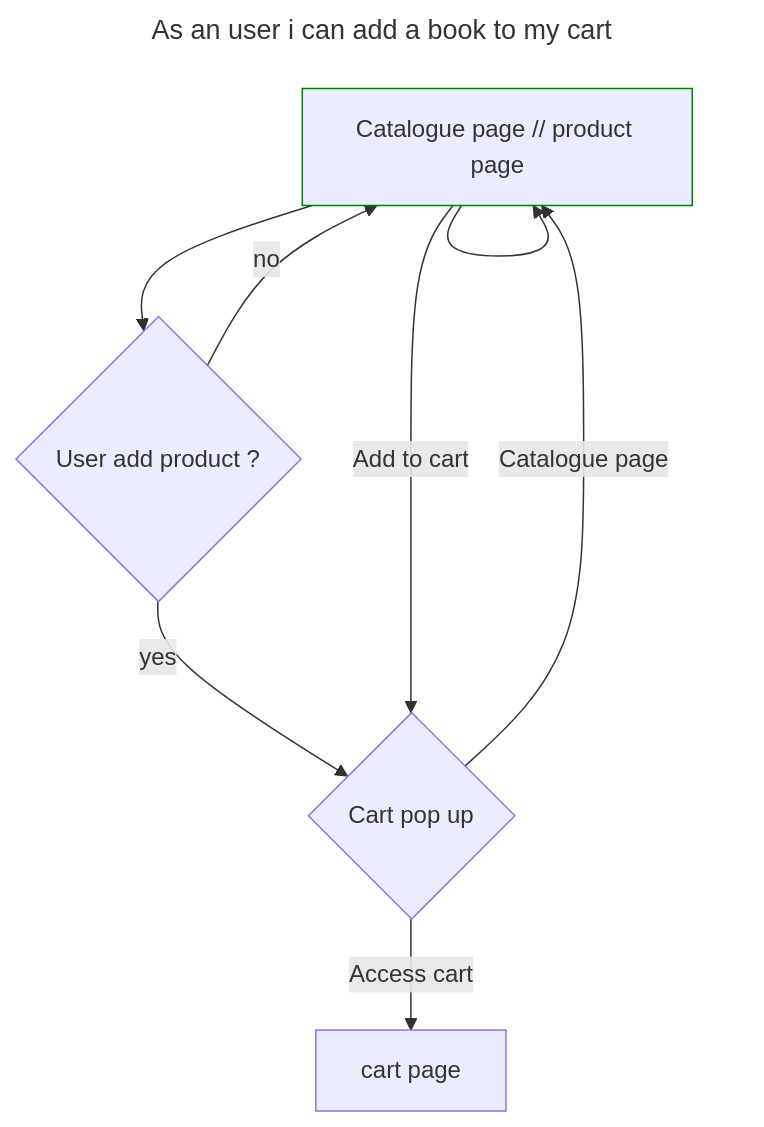
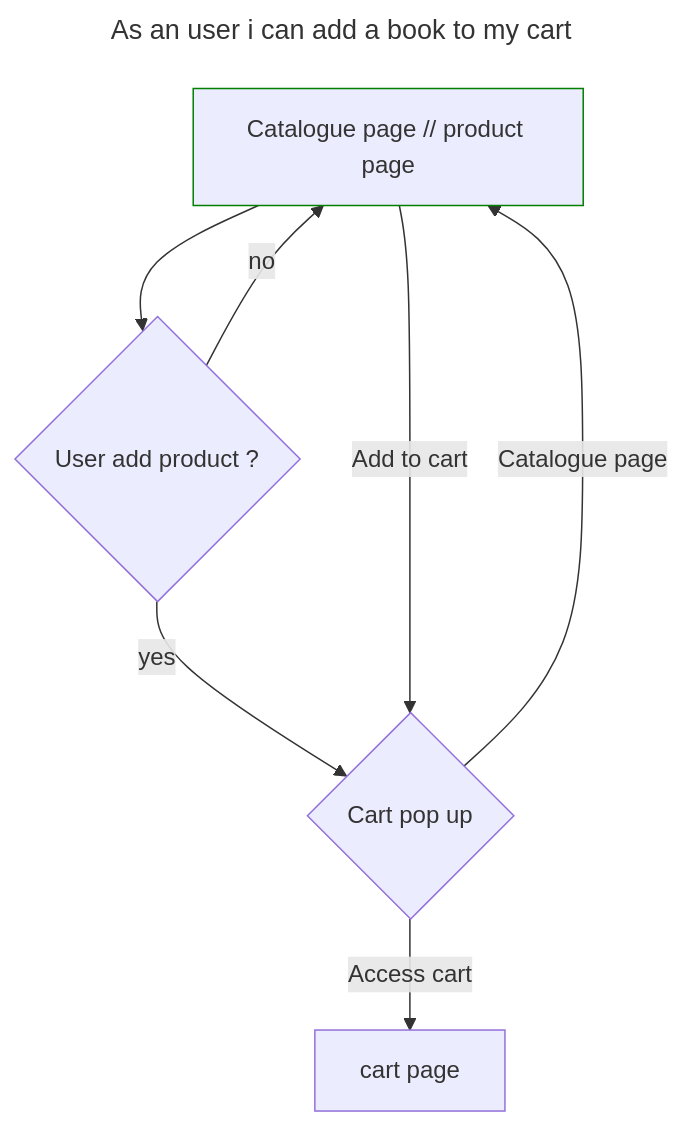
The sixth of 7 diagrams in doc/featuresDiagrams.md (charlyol/ECommerce-SCHA), drawn with Mermaid before and after one commit.

Commit message:
features diagrams

````diff
--- a/doc/featuresDiagrams.md
+++ b/doc/featuresDiagrams.md
@@ -110,21 +110,20 @@
 ```mermaid
 ---
 title : As an user i can add a book to my cart
 ---
 flowchart TB
 
 CP[Catalogue page // product page]
 CAT[cart page]
 CPU{Cart pop up}
 
 TESTADD{User add product ?}
 	
 	CP-->TESTADD
-	CP --> CP
 	TESTADD -- yes --> CPU
 	TESTADD -- no --> CP
 	CPU -- Access cart --> CAT
 	CPU -- Catalogue page --> CP
 	CP -- Add to cart --> CPU
 style CP stroke:green
 ```
````
